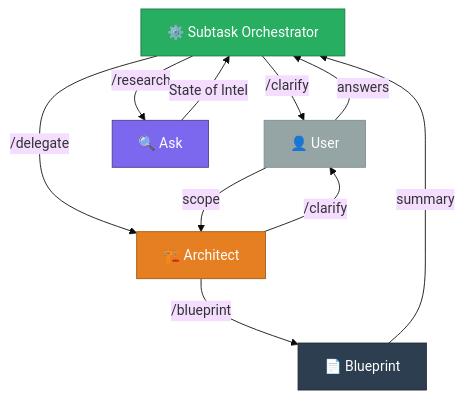
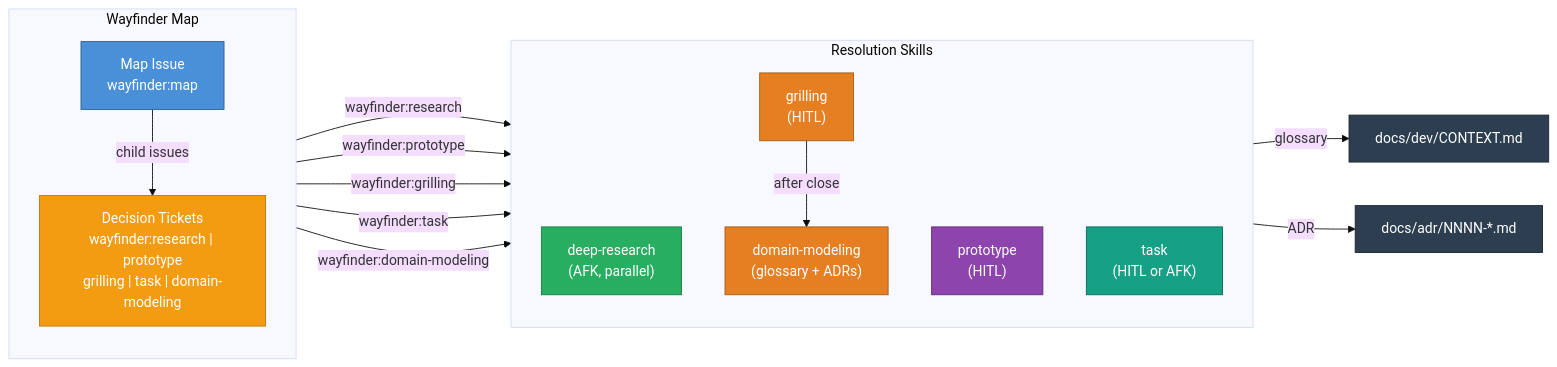
One commit to weselben/RooForge changed the second of 5 diagrams in README.md. Above: the diagram before and after it, drawn with Mermaid (base theme). The commit also changed other lines of this file and 39 other files, not shown here.

````diff
--- a/README.md
+++ b/README.md
@@ -71,18 +47,38 @@
 ```mermaid
-flowchart TD
-    SO["⚙️ Subtask Orchestrator"] -->|"/clarify"| U["👤 User"]
-    U -->|"answers"| SO
-    SO -->|"/research"| A["🔍 Ask"]
-    A -->|"State of Intel"| SO
-    SO -->|"/delegate"| AR["🏗️ Architect"]
-    AR -->|"/clarify"| U
-    U -->|"scope"| AR
-    AR -->|"/blueprint"| B["📄 Blueprint"]
-    B -->|"summary"| SO
-
-    style U fill:#95A5A6,color:#fff,stroke:#7F8C8D
-    style SO fill:#27AE60,color:#fff,stroke:#1A7A42
-    style A fill:#7B68EE,color:#fff,stroke:#4B3F8A
-    style AR fill:#E67E22,color:#fff,stroke:#A05A15
-    style B fill:#2C3E50,color:#fff,stroke:#1A252F
+flowchart LR
+    subgraph Map["Wayfinder Map"]
+        direction TB
+        MapIssue["Map Issue<br/>wayfinder:map"]
+        Tickets["Decision Tickets<br/>wayfinder:research | prototype<br/>grilling | task | domain-modeling"]
+    end
+    
+    subgraph Skills["Resolution Skills"]
+        direction TB
+        Research["deep-research<br/>(AFK, parallel)"]
+        Prototype["prototype<br/>(HITL)"]
+        Grilling["grilling<br/>(HITL)"]
+        Task["task<br/>(HITL or AFK)"]
+        DomainModel["domain-modeling<br/>(glossary + ADRs)"]
+    end
+    
+    MapIssue -->|"child issues"| Tickets
+    Tickets -->|"wayfinder:research"| Research
+    Tickets -->|"wayfinder:prototype"| Prototype
+    Tickets -->|"wayfinder:grilling"| Grilling
+    Tickets -->|"wayfinder:task"| Task
+    Tickets -->|"wayfinder:domain-modeling"| DomainModel
+    
+    Grilling -->|"after close"| DomainModel
+    DomainModel -->|"glossary"| Context["docs/dev/CONTEXT.md"]
+    DomainModel -->|"ADR"| ADR["docs/adr/NNNN-*.md"]
+    
+    style MapIssue fill:#4A90D9,color:#fff,stroke:#2C5F8A
+    style Tickets fill:#F39C12,color:#fff,stroke:#B8750E
+    style Research fill:#27AE60,color:#fff,stroke:#1A7A42
+    style Prototype fill:#8E44AD,color:#fff,stroke:#5B2D6E
+    style Grilling fill:#E67E22,color:#fff,stroke:#A05A15
+    style Task fill:#16A085,color:#fff,stroke:#0E6655
+    style DomainModel fill:#E67E22,color:#fff,stroke:#A05A15
+    style Context fill:#2C3E50,color:#fff,stroke:#1A252F
+    style ADR fill:#2C3E50,color:#fff,stroke:#1A252F
 ```
````
